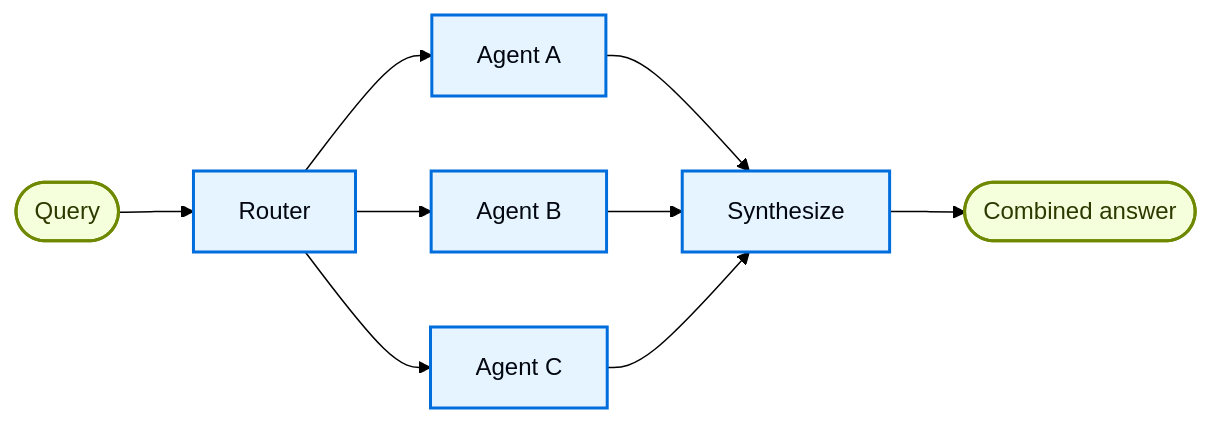
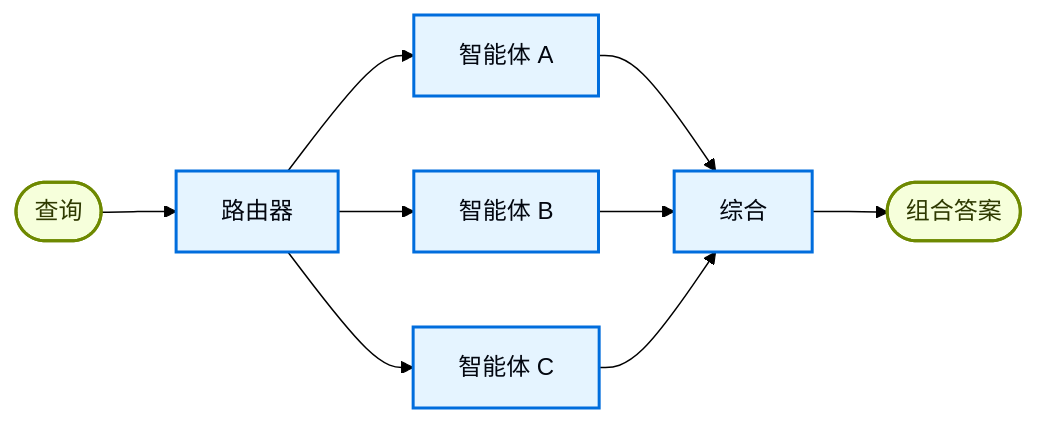
The diagram in oss/javascript/langchain/multi-agent/router.mdx (kunfan96/cndocs-langchain), drawn with Mermaid (forest theme) before and after one commit. The commit also changed other lines of this file and 2498 other files, not shown here.

````diff
--- a/oss/javascript/langchain/multi-agent/router.mdx
+++ b/oss/javascript/langchain/multi-agent/router.mdx
@@ -7,17 +7,17 @@
 ```mermaid
 graph LR
-    A([Query]) --> B[Router]
-    B --> C[Agent A]
-    B --> D[Agent B]
-    B --> E[Agent C]
-    C --> F[Synthesize]
+    A([查询]) --> B[路由器]
+    B --> C[智能体 A]
+    B --> D[智能体 B]
+    B --> E[智能体 C]
+    C --> F[综合]
     D --> F
     E --> F
-    F --> G([Combined answer])
+    F --> G([组合答案])
 
     classDef trigger fill:#F6FFDB,stroke:#6E8900,stroke-width:2px,color:#2E3900
     classDef process fill:#E5F4FF,stroke:#006DDD,stroke-width:2px,color:#030710
 
     class A,G trigger
     class B,C,D,E,F process
 ```
````
